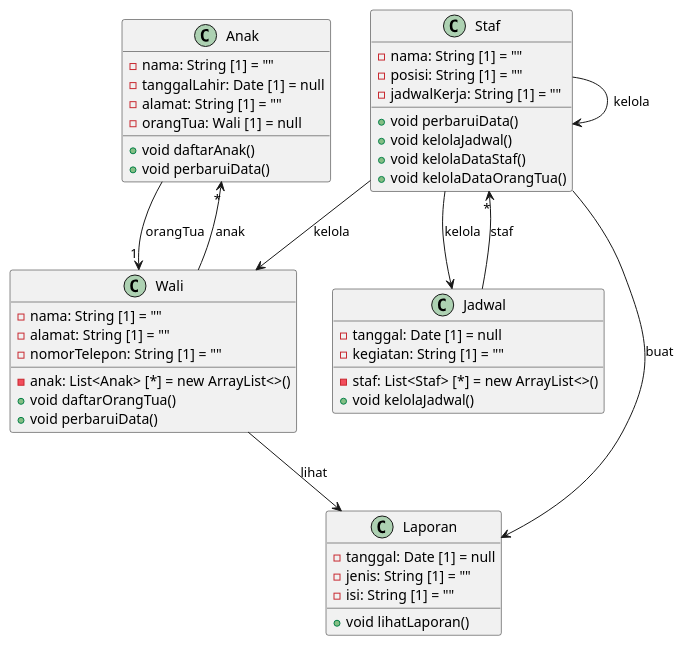
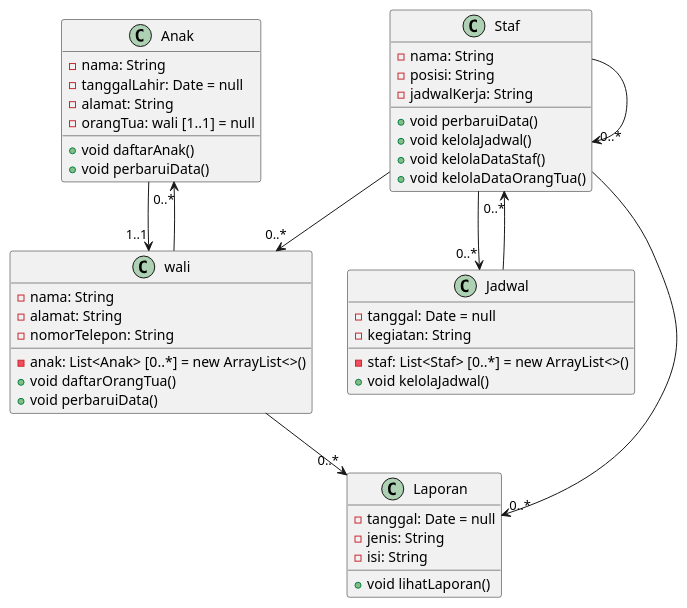
One commit to ZIDANIDROS/UniversityTask changed the diagram in sems4/APBO/DiagramClass.plantuml. Above: the diagram before and after it, drawn with PlantUML. The commit also changed 3 other files, not shown here.

Commit message:
update DiagramClass

```diff
--- a/sems4/APBO/DiagramClass.plantuml
+++ b/sems4/APBO/DiagramClass.plantuml
@@ -1,52 +1,52 @@
 @startuml DC
 class Anak {
-  - nama: String [1] = ""
-  - tanggalLahir: Date [1] = null
-  - alamat: String [1] = ""
-  - orangTua: Wali [1] = null
+  - nama: String
+  - tanggalLahir: Date = null
+  - alamat: String
+  - orangTua: wali [1..1] = null
   + void daftarAnak()
   + void perbaruiData()
 }
 
-class Wali {
-  - nama: String [1] = ""
-  - alamat: String [1] = ""
-  - nomorTelepon: String [1] = ""
-  - anak: List<Anak> [*] = new ArrayList<>()
+class wali {
+  - nama: String
+  - alamat: String
+  - nomorTelepon: String
+  - anak: List<Anak> [0..*] = new ArrayList<>()
   + void daftarOrangTua()
   + void perbaruiData()
 }
 
 class Staf {
-  - nama: String [1] = ""
-  - posisi: String [1] = ""
-  - jadwalKerja: String [1] = ""
+  - nama: String
+  - posisi: String
+  - jadwalKerja: String
   + void perbaruiData()
   + void kelolaJadwal()
   + void kelolaDataStaf()
   + void kelolaDataOrangTua()
 }
 
 class Jadwal {
-  - tanggal: Date [1] = null
-  - kegiatan: String [1] = ""
-  - staf: List<Staf> [*] = new ArrayList<>()
+  - tanggal: Date = null
+  - kegiatan: String
+  - staf: List<Staf> [0..*] = new ArrayList<>()
   + void kelolaJadwal()
 }
 
 class Laporan {
-  - tanggal: Date [1] = null
-  - jenis: String [1] = ""
-  - isi: String [1] = ""
+  - tanggal: Date = null
+  - jenis: String
+  - isi: String
   + void lihatLaporan()
 }
 
-Anak --> "1" Wali : orangTua
-Wali --> "*" Anak : anak
-Jadwal --> "*" Staf : staf
-Staf --> Jadwal : kelola
-Staf --> Wali : kelola
-Staf --> Staf : kelola
-Staf --> Laporan : buat
-Wali --> Laporan : lihat
+Anak --> "1..1" wali
+wali --> "0..*" Anak
+Jadwal --> "0..*" Staf
+Staf --> "0..*" Jadwal
+Staf --> "0..*" Staf
+Staf --> "0..*" wali
+Staf --> "0..*" Laporan
+wali --> "0..*" Laporan
 @enduml
```
